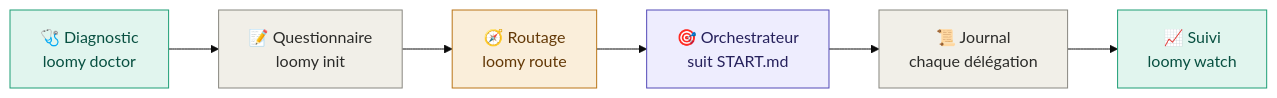
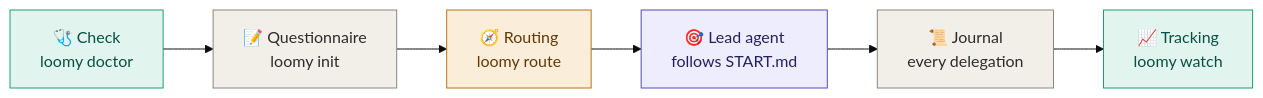
The diagram in README.md (Eydenn/loomy), drawn with Mermaid (base theme) before and after one commit. The commit also changed other lines of this file and 15 other files, not shown here.

````diff
--- a/README.md
+++ b/README.md
@@ -112,12 +114,12 @@
 ```mermaid
 flowchart LR
-  A["🩺 Diagnostic<br/>loomy doctor"]:::check --> B["📝 Questionnaire<br/>loomy init"]:::step
-  B --> C["🧭 Routage<br/>loomy route"]:::route
-  C --> D["🎯 Orchestrateur<br/>suit START.md"]:::lead
-  D --> E["📜 Journal<br/>chaque délégation"]:::step
-  E --> F["📈 Suivi<br/>loomy watch"]:::check
+  A["🩺 Check<br/>loomy doctor"]:::check --> B["📝 Questionnaire<br/>loomy init"]:::step
+  B --> C["🧭 Routing<br/>loomy route"]:::route
+  C --> D["🎯 Lead agent<br/>follows START.md"]:::lead
+  D --> E["📜 Journal<br/>every delegation"]:::step
+  E --> F["📈 Tracking<br/>loomy watch"]:::check
   classDef step fill:#F1EFE8,stroke:#888780,color:#2C2C2A
   classDef check fill:#E1F5EE,stroke:#1D9E75,color:#085041
   classDef route fill:#FAEEDA,stroke:#BA7517,color:#633806
   classDef lead fill:#EEEDFE,stroke:#534AB7,color:#26215C
 ```
````
